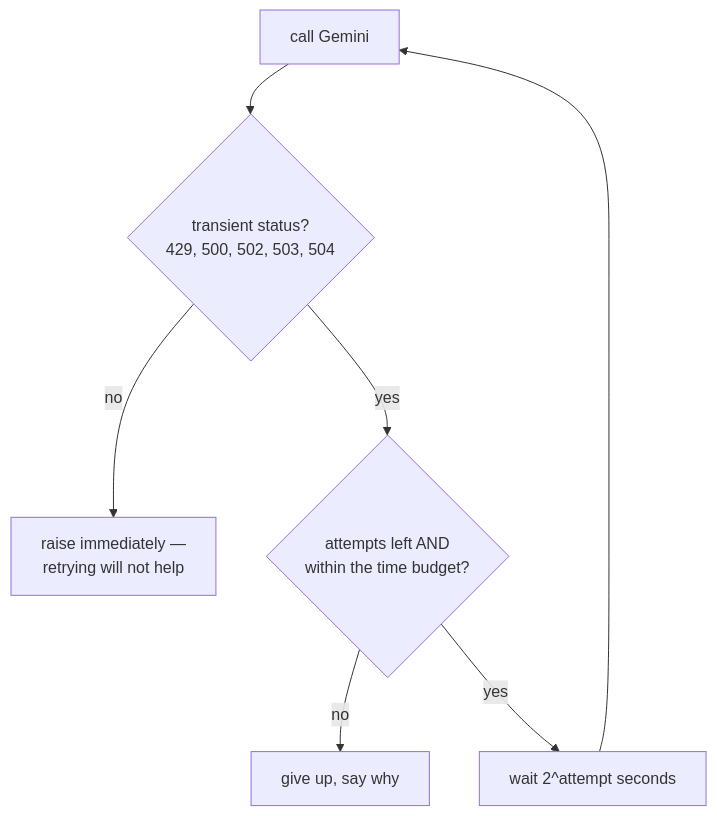
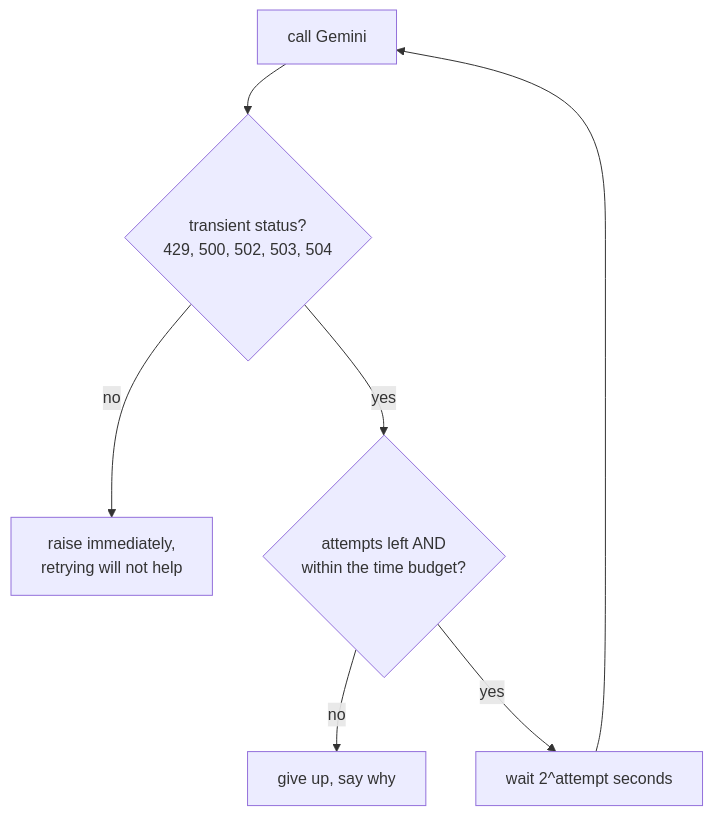
One commit to jennarbates/StratigraphyGenerator changed the diagram in docs/cs/exponential-backoff.md. Above: the diagram before and after it, drawn with Mermaid. The commit also changed other lines of this file and 309 other files, not shown here.

````diff
--- a/docs/cs/exponential-backoff.md
+++ b/docs/cs/exponential-backoff.md
@@ -43,9 +43,9 @@
 ```mermaid
 flowchart TB
   C["call Gemini"] --> R{"transient status?<br/>429, 500, 502, 503, 504"}
-  R -->|no| Raise["raise immediately —<br/>retrying will not help"]
+  R -->|no| Raise["raise immediately,<br/>retrying will not help"]
   R -->|yes| B{"attempts left AND<br/>within the time budget?"}
   B -->|no| Give["give up, say why"]
   B -->|yes| W["wait 2^attempt seconds"]
   W --> C
 ```
````
